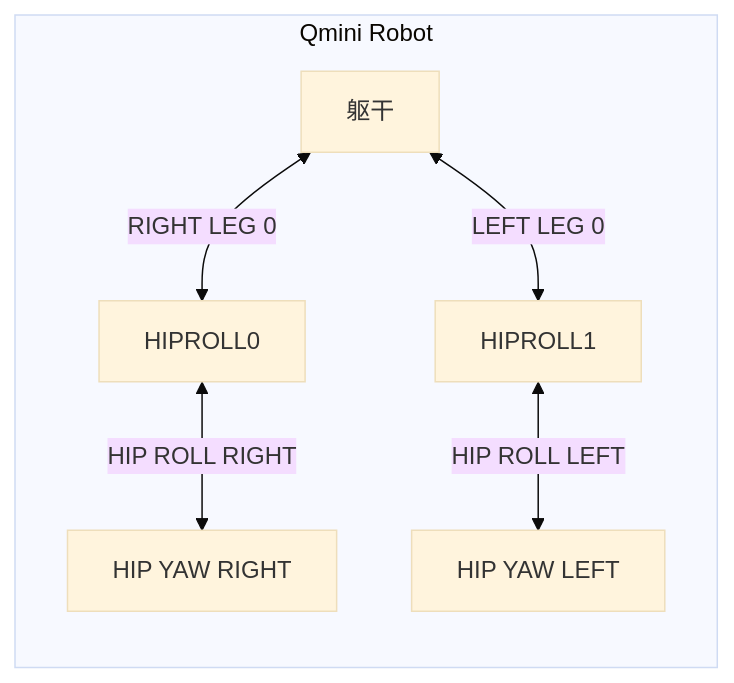
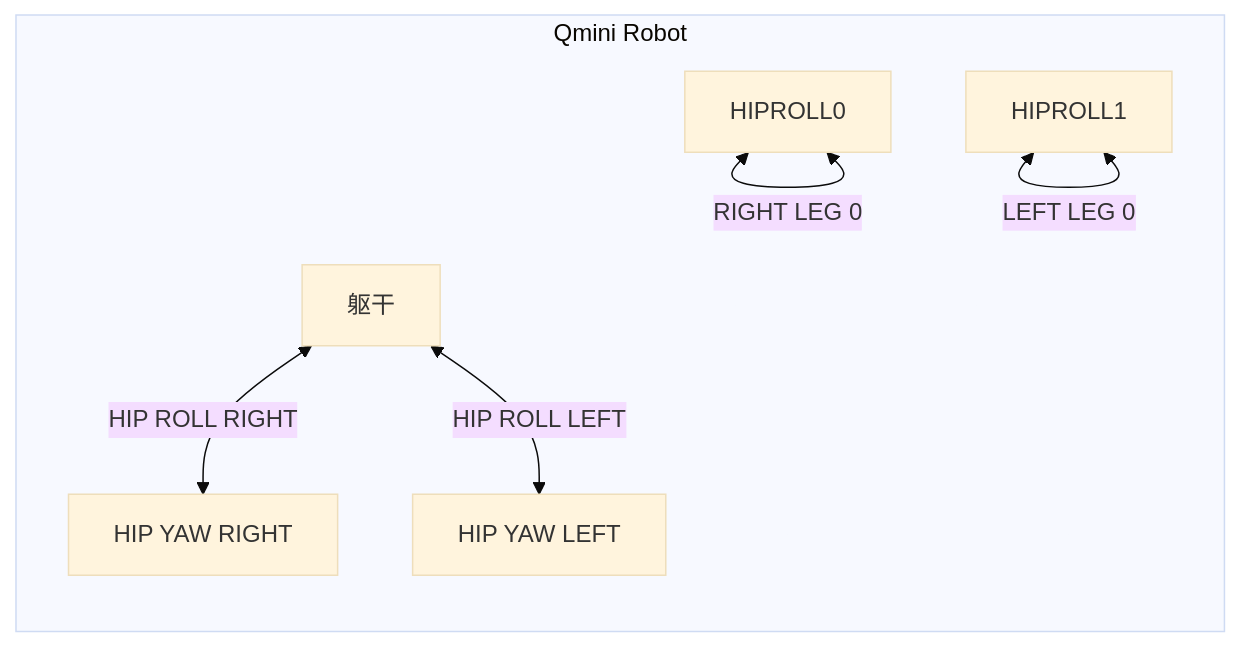
One commit to tonylabs/unitree-qmini-robot-components changed the diagram in README.md. Above: the diagram before and after it, drawn with Mermaid (base theme).

````diff
--- a/README.md
+++ b/README.md
@@ -3,12 +3,12 @@
 ```mermaid
 flowchart LR
     subgraph "Qmini Robot"
         Body["躯干"]
         HIP0["HIP YAW RIGHT"]
         HIP1["HIP YAW LEFT"]
-        HIPROLL0 <-->|"HIP ROLL RIGHT"| HIP0
-        HIPROLL1 <-->|"HIP ROLL LEFT"| HIP1
-        Body <-->|"RIGHT LEG 0"| HIPROLL0
-        Body <-->|"LEFT LEG 0"| HIPROLL1
+        Body <-->|"HIP ROLL RIGHT"| HIP0
+        Body<-->|"HIP ROLL LEFT"| HIP1
+        HIPROLL0 <-->|"RIGHT LEG 0"| HIPROLL0
+        HIPROLL1 <-->|"LEFT LEG 0"| HIPROLL1
     end
 ```
````
